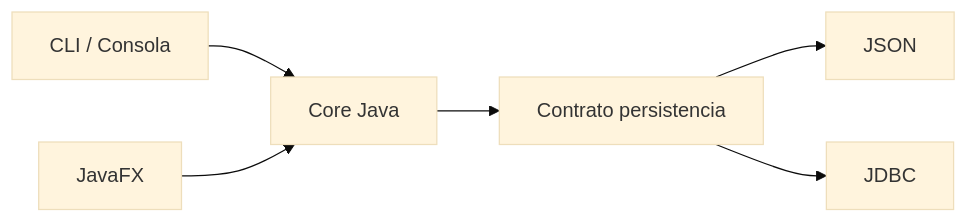
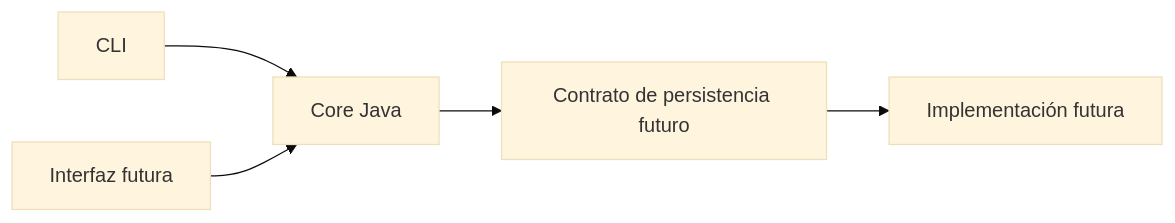
The second of 2 diagrams in proyecto-formativo/ARQUITECTURA-Y-CONTINUIDAD.md (cmartinezs/DSY1102-DESARROLLO-ORIENTADO-OBJETOS-2026-2), drawn with Mermaid (base theme) before and after one commit. The commit also changed other lines of this file and 7 other files, not shown here.

````diff
--- a/proyecto-formativo/ARQUITECTURA-Y-CONTINUIDAD.md
+++ b/proyecto-formativo/ARQUITECTURA-Y-CONTINUIDAD.md
@@ -17,8 +137,7 @@
 ```mermaid
 flowchart LR
-    CLI[CLI / Consola] --> CORE[Core Java]
-    FX[JavaFX] --> CORE
-    CORE --> PORT[Contrato persistencia]
-    PORT --> JSON[JSON]
-    PORT --> JDBC[JDBC]
+    CLI[CLI] --> CORE[Core Java]
+    UI[Interfaz futura] --> CORE
+    CORE --> PORT[Contrato de persistencia futuro]
+    PORT --> DATA[Implementación futura]
 ```
````
